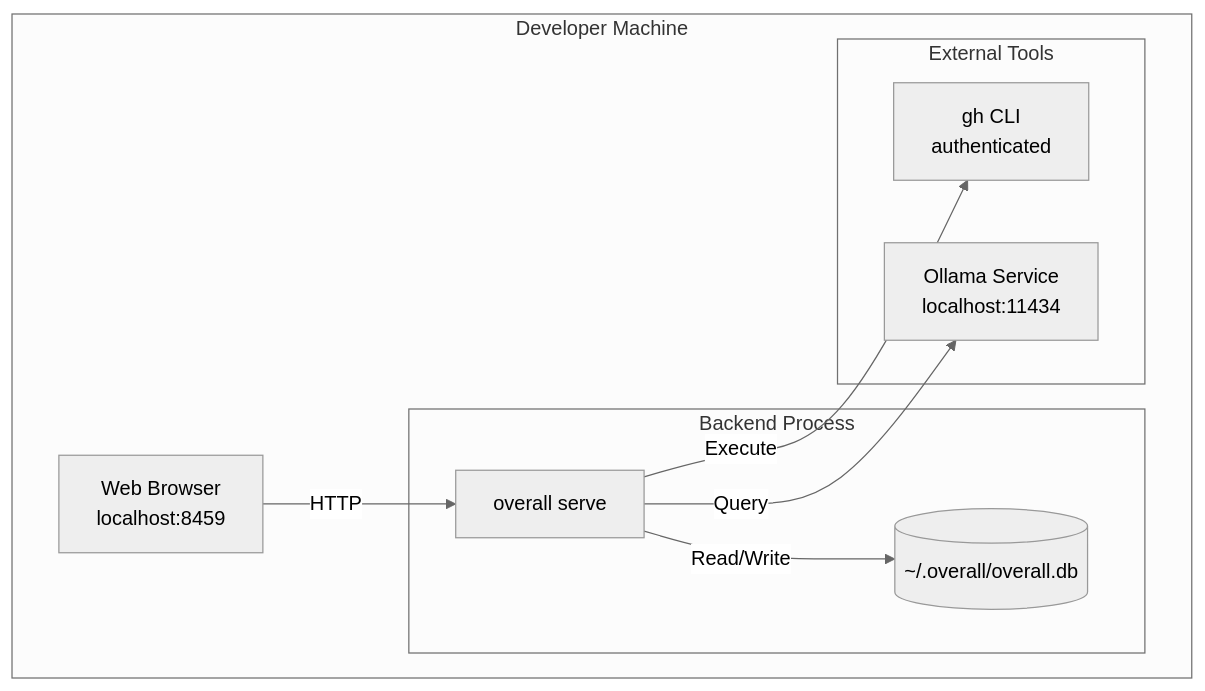
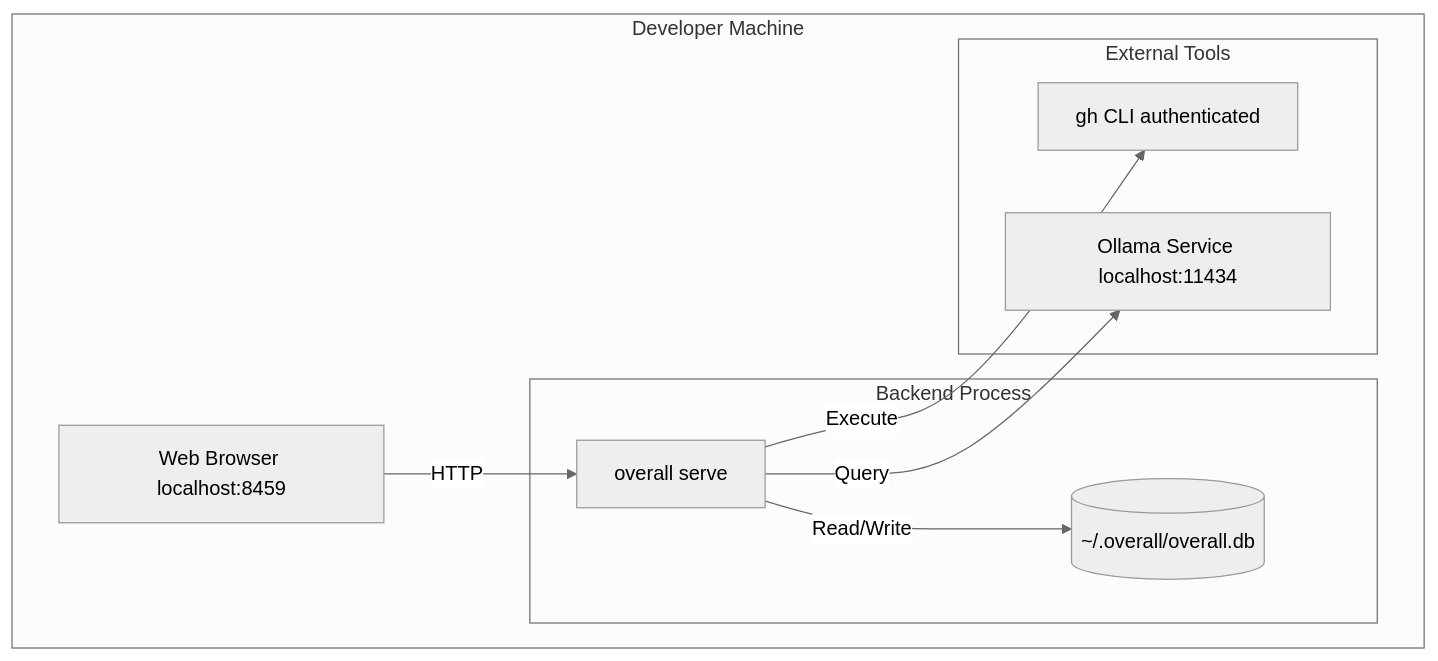
Before and after one commit to softwarewrighter/overall: the fifth of 11 diagrams in wiki/Architecture-Overview.md, drawn with Mermaid (neutral theme). The commit also changed other lines of this file and 4 other files, not shown here.

First line of the commit message:
Fix wiki Mermaid diagrams: remove <br/> tags

````diff
--- a/wiki/Architecture-Overview.md
+++ b/wiki/Architecture-Overview.md
@@ -270,21 +270,21 @@
 ```mermaid
 graph TB
     subgraph "Developer Machine"
-        Browser[Web Browser<br/>localhost:8459]
+        Browser[Web Browser localhost:8459]
 
         subgraph "Backend Process"
             Server[overall serve]
             DB[(~/.overall/overall.db)]
         end
 
         subgraph "External Tools"
-            GH[gh CLI<br/>authenticated]
-            OL[Ollama Service<br/>localhost:11434]
+            GH[gh CLI authenticated]
+            OL[Ollama Service localhost:11434]
         end
 
         Browser -->|HTTP| Server
         Server -->|Read/Write| DB
         Server -->|Execute| GH
         Server -->|Query| OL
     end
 ```
````
